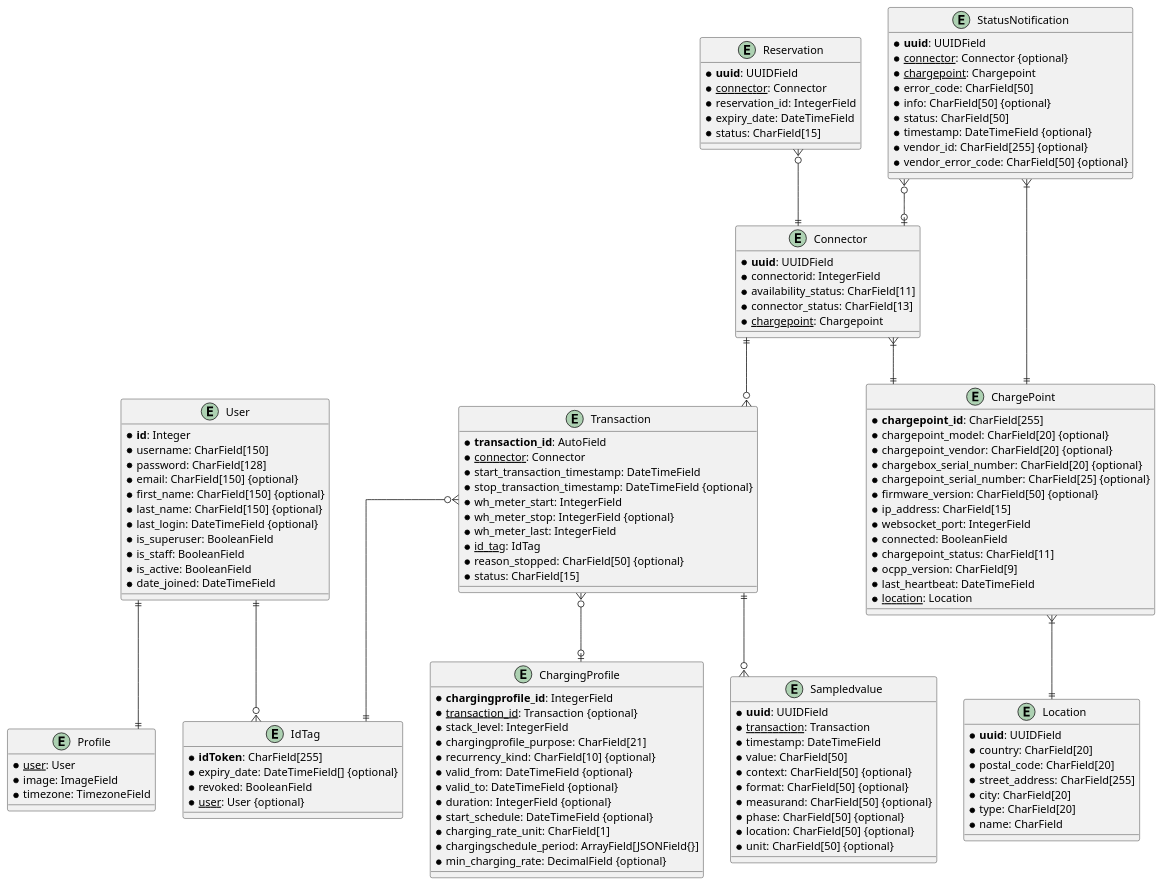
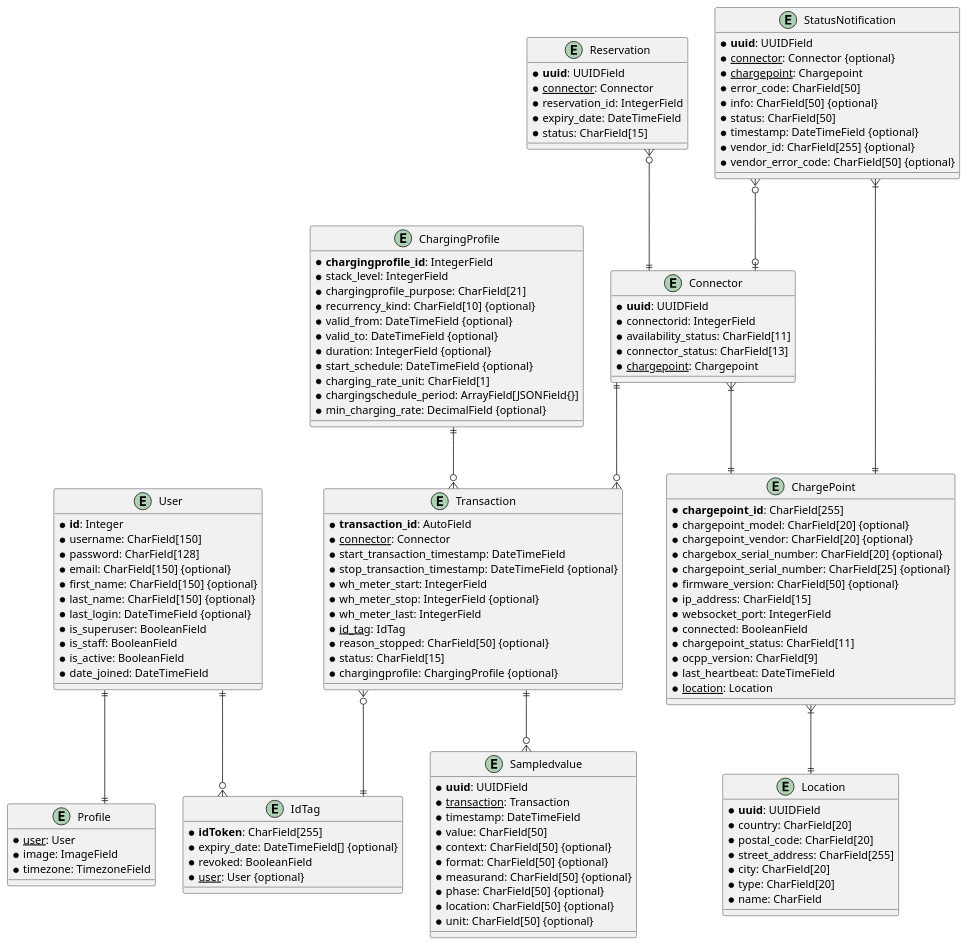
The diagram in docs/er.md (EV4EU/ov2xmp), drawn with PlantUML before and after one commit.

Commit message:
update last commit of ov2xmp-django submodule

```diff
--- a/docs/er.md
+++ b/docs/er.md
@@ -29,7 +29,6 @@
 
 entity "ChargingProfile" as chargingprofile {
     * **chargingprofile_id**: IntegerField
-    * <u>transaction_id</u>: Transaction {optional}
     * stack_level: IntegerField
     * chargingprofile_purpose: CharField[21]
     * recurrency_kind: CharField[10] {optional}
@@ -88,6 +87,7 @@
     * <u>id_tag</u>: IdTag
     * reason_stopped: CharField[50] {optional}
     * status: CharField[15]
+    * chargingprofile: ChargingProfile {optional}
 }
 
 entity "User" as user {
@@ -152,9 +152,9 @@
 user ||--|| profile
 
 transaction }o--|| idtag
-transaction }o--o| chargingprofile
+chargingprofile ||--o{ transaction
+
 transaction ||--o{ sampledvalue
-
 statusnotification }o--o| connector
 statusnotification }|--|| chargepoint
 reservation }o--|| connector
```
